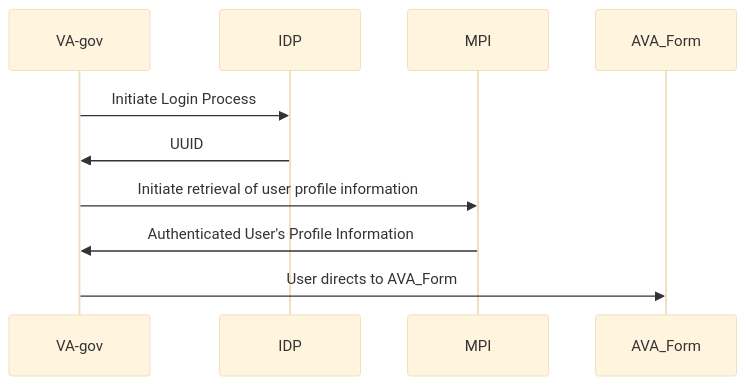
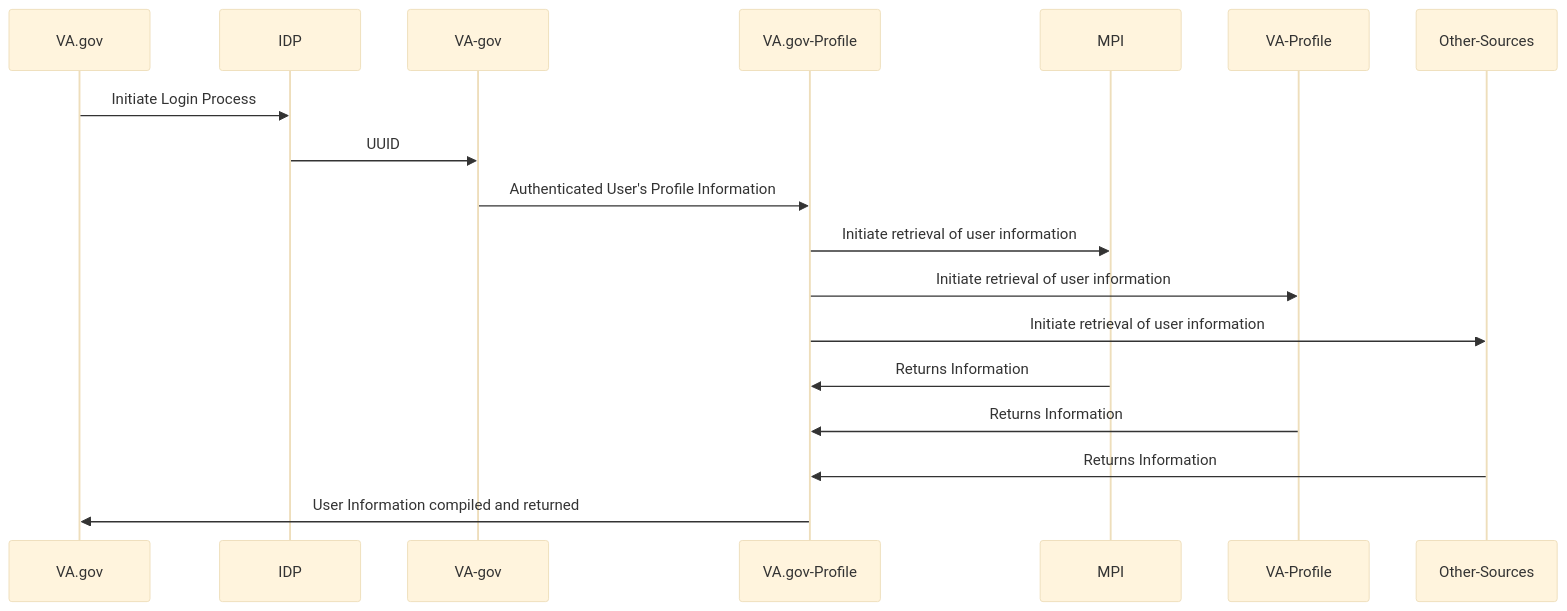
Before and after one commit to department-of-veterans-affairs/va.gov-team: the fourth of 5 diagrams in products/ask-va/integration/va_profile/profile_processes.md, drawn with Mermaid (base theme).

````diff
--- a/products/ask-va/integration/va_profile/profile_processes.md
+++ b/products/ask-va/integration/va_profile/profile_processes.md
@@ -106,8 +106,13 @@
 ```mermaid
 sequenceDiagram
-    VA-gov->>IDP: Initiate Login Process
+    VA.gov->>IDP: Initiate Login Process
     IDP->>VA-gov: UUID
-    VA-gov->>MPI: Initiate retrieval of user profile information
-    MPI->>VA-gov: Authenticated User's Profile Information
-    VA-gov->>AVA_Form: User directs to AVA_Form
+    VA-gov->>VA.gov-Profile: Authenticated User's Profile Information
+    VA.gov-Profile->>MPI: Initiate retrieval of user information
+    VA.gov-Profile->>VA-Profile: Initiate retrieval of user information
+    VA.gov-Profile->>Other-Sources: Initiate retrieval of user information
+    MPI->>VA.gov-Profile: Returns Information
+    VA-Profile->>VA.gov-Profile: Returns Information
+    Other-Sources->>VA.gov-Profile: Returns Information
+    VA.gov-Profile->>VA.gov: User Information compiled and returned
 ```
````
